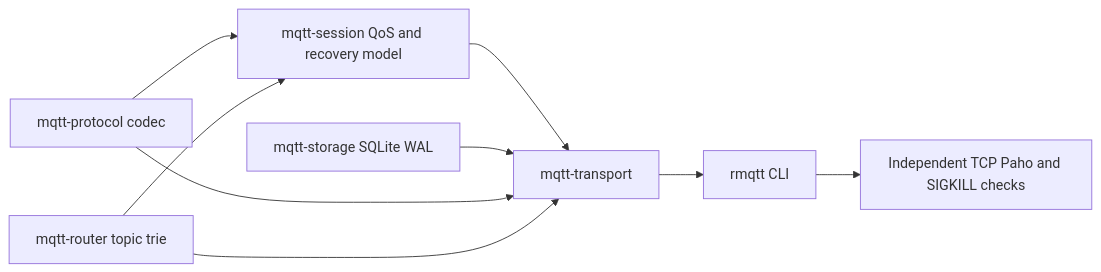
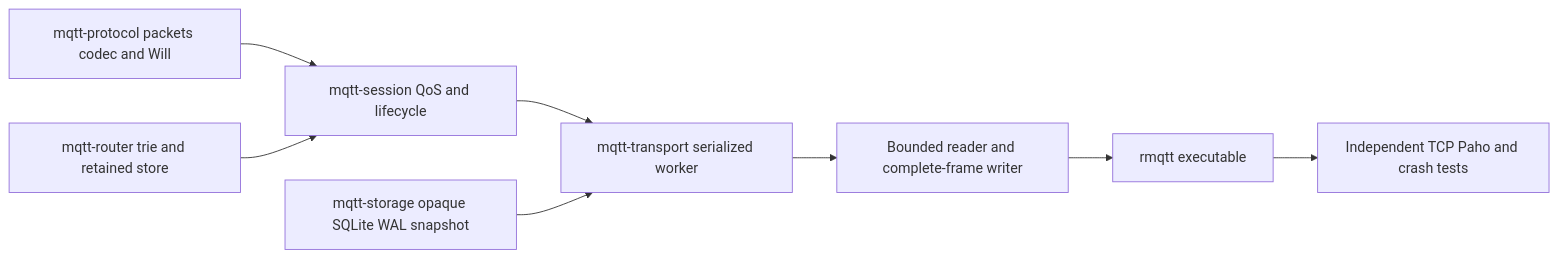
One commit to lyrnor/lyrnormq changed the diagram in docs/architecture.md. Above: the diagram before and after it, drawn with Mermaid. The commit also changed other lines of this file and 4 other files, not shown here.

Commit message:
feat: deliver verified retained messages and connection Will lifecycle

````diff
--- a/docs/architecture.md
+++ b/docs/architecture.md
@@ -10,11 +11,10 @@
 ```mermaid
 graph LR
-  Protocol[mqtt-protocol codec] --> Session[mqtt-session QoS and recovery model]
-  Router[mqtt-router topic trie] --> Session
-  Session --> Transport[mqtt-transport]
-  Storage[mqtt-storage SQLite WAL] --> Transport
-  Protocol --> Transport
-  Router --> Transport
-  Transport --> Binary[rmqtt CLI]
-  Binary --> Checks[Independent TCP Paho and SIGKILL checks]
+  Protocol[mqtt-protocol packets codec and Will] --> Model[mqtt-session QoS and lifecycle]
+  Router[mqtt-router trie and retained store] --> Model
+  Model --> Worker[mqtt-transport serialized worker]
+  Storage[mqtt-storage opaque SQLite WAL snapshot] --> Worker
+  Worker --> Network[Bounded reader and complete-frame writer]
+  Network --> CLI[rmqtt executable]
+  CLI --> QA[Independent TCP Paho and crash tests]
 ```
````
